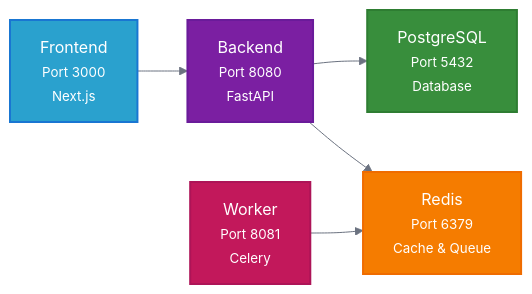
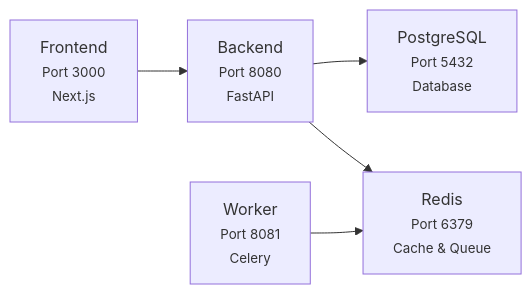
The diagram in docs/content/getting-started/self-hosting.mdx (rhesis-ai/rhesis), drawn with Mermaid before and after one commit. The commit also changed other lines of this file, not shown here.

````diff
--- a/docs/content/getting-started/self-hosting.mdx
+++ b/docs/content/getting-started/self-hosting.mdx
@@ -159,20 +159,13 @@
 ```mermaid
-%%{init: {'theme':'base', 'themeVariables': { 'primaryColor':'#2AA1CE', 'primaryTextColor':'#fff', 'primaryBorderColor':'#2AA1CE', 'lineColor':'#6B7280', 'secondaryColor':'#50B9E0', 'tertiaryColor':'#97D5EE', 'background':'#ffffff', 'mainBkg':'#f9fafb', 'secondBkg':'#f3f4f6', 'textColor':'#3D3D3D', 'border1':'#e5e7eb', 'border2':'#d1d5db'}}}%%
 graph LR
     Frontend["Frontend<br/><small>Port 3000<br/>Next.js</small>"]
     Backend["Backend<br/><small>Port 8080<br/>FastAPI</small>"]
     PostgreSQL["PostgreSQL<br/><small>Port 5432<br/>Database</small>"]
     Redis["Redis<br/><small>Port 6379<br/>Cache & Queue</small>"]
     Worker["Worker<br/><small>Port 8081<br/>Celery</small>"]
     
     Frontend --> Backend
     Backend --> PostgreSQL
     Backend --> Redis
     Worker --> Redis
-    
-    style Frontend fill:#2AA1CE,stroke:#1976d2,stroke-width:2px,color:#fff
-    style Backend fill:#7b1fa2,stroke:#6a1b9a,stroke-width:2px,color:#fff
-    style PostgreSQL fill:#388e3c,stroke:#2e7d32,stroke-width:2px,color:#fff
-    style Redis fill:#f57c00,stroke:#ef6c00,stroke-width:2px,color:#fff
-    style Worker fill:#c2185b,stroke:#ad1457,stroke-width:2px,color:#fff
 ```
````
